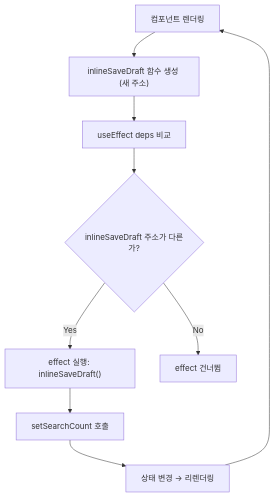
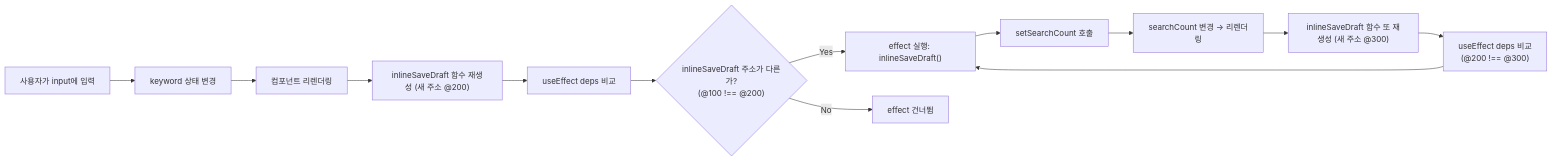
Before and after one commit to codefug/codefug.github.io: the eighth of 19 diagrams in markdown/2026-01-18/ko/content.mdx, drawn with Mermaid. The commit also changed other lines of this file and 1 other file, not shown here.

````diff
--- a/markdown/2026-01-18/ko/content.mdx
+++ b/markdown/2026-01-18/ko/content.mdx
@@ -394,11 +396,15 @@
 ```mermaid
-flowchart TD
-    A["컴포넌트 렌더링"] --> B["inlineSaveDraft 함수 생성 (새 주소)"]
-    B --> C["useEffect deps 비교"]
-    C --> D{"inlineSaveDraft 주소가 다른가?"}
-    D -->|Yes| E["effect 실행: inlineSaveDraft()"]
-    E --> F["setSearchCount 호출"]
-    F --> G["상태 변경 → 리렌더링"]
-    G --> A
-    D -->|No| H["effect 건너뜀"]
+flowchart LR
+    A["사용자가 input에 입력"] --> B["keyword 상태 변경"]
+    B --> C["컴포넌트 리렌더링"]
+    C --> D["inlineSaveDraft 함수 재생성 (새 주소 @200)"]
+    D --> E["useEffect deps 비교"]
+    E --> F{"inlineSaveDraft 주소가 다른가?<br/>(@100 !== @200)"}
+    F -->|Yes| G["effect 실행: inlineSaveDraft()"]
+    G --> H["setSearchCount 호출"]
+    H --> I["searchCount 변경 → 리렌더링"]
+    I --> J["inlineSaveDraft 함수 또 재생성 (새 주소 @300)"]
+    J --> K["useEffect deps 비교<br/>(@200 !== @300)"]
+    K --> G
+    F -->|No| L["effect 건너뜀"]
 ```
````
